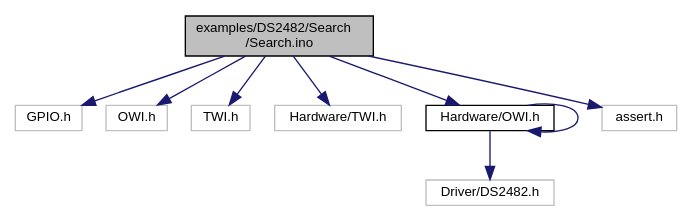
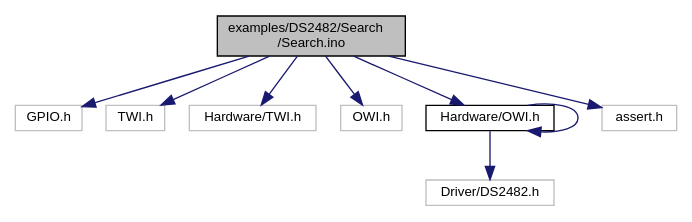
Before and after one commit to mikaelpatel/mikaelpatel.github.io: the diagram in Arduino-OWI/d9/df1/DS2482_2Search_2Search_8ino__incl.dot, drawn with Graphviz. The commit also changed 128 other files, not shown here.

```diff
--- a/Arduino-OWI/d9/df1/DS2482_2Search_2Search_8ino__incl.dot
+++ b/Arduino-OWI/d9/df1/DS2482_2Search_2Search_8ino__incl.dot
@@ -1,21 +1,21 @@
 digraph "examples/DS2482/Search/Search.ino"
 {
   edge [fontname="Helvetica",fontsize="10",labelfontname="Helvetica",labelfontsize="10"];
   node [fontname="Helvetica",fontsize="10",shape=record];
   Node1 [label="examples/DS2482/Search\l/Search.ino",height=0.2,width=0.4,color="black", fillcolor="grey75", style="filled", fontcolor="black"];
   Node1 -> Node2 [color="midnightblue",fontsize="10",style="solid",fontname="Helvetica"];
   Node2 [label="GPIO.h",height=0.2,width=0.4,color="grey75", fillcolor="white", style="filled"];
   Node1 -> Node3 [color="midnightblue",fontsize="10",style="solid",fontname="Helvetica"];
-  Node3 [label="OWI.h",height=0.2,width=0.4,color="grey75", fillcolor="white", style="filled"];
+  Node3 [label="TWI.h",height=0.2,width=0.4,color="grey75", fillcolor="white", style="filled"];
   Node1 -> Node4 [color="midnightblue",fontsize="10",style="solid",fontname="Helvetica"];
-  Node4 [label="TWI.h",height=0.2,width=0.4,color="grey75", fillcolor="white", style="filled"];
+  Node4 [label="Hardware/TWI.h",height=0.2,width=0.4,color="grey75", fillcolor="white", style="filled"];
   Node1 -> Node5 [color="midnightblue",fontsize="10",style="solid",fontname="Helvetica"];
-  Node5 [label="Hardware/TWI.h",height=0.2,width=0.4,color="grey75", fillcolor="white", style="filled"];
+  Node5 [label="OWI.h",height=0.2,width=0.4,color="grey75", fillcolor="white", style="filled"];
   Node1 -> Node6 [color="midnightblue",fontsize="10",style="solid",fontname="Helvetica"];
   Node6 [label="Hardware/OWI.h",height=0.2,width=0.4,color="black", fillcolor="white", style="filled",URL="$dc/dfe/Hardware_2OWI_8h.html"];
   Node6 -> Node6 [color="midnightblue",fontsize="10",style="solid",fontname="Helvetica"];
   Node6 -> Node7 [color="midnightblue",fontsize="10",style="solid",fontname="Helvetica"];
   Node7 [label="Driver/DS2482.h",height=0.2,width=0.4,color="grey75", fillcolor="white", style="filled"];
   Node1 -> Node8 [color="midnightblue",fontsize="10",style="solid",fontname="Helvetica"];
   Node8 [label="assert.h",height=0.2,width=0.4,color="grey75", fillcolor="white", style="filled"];
 }
```
